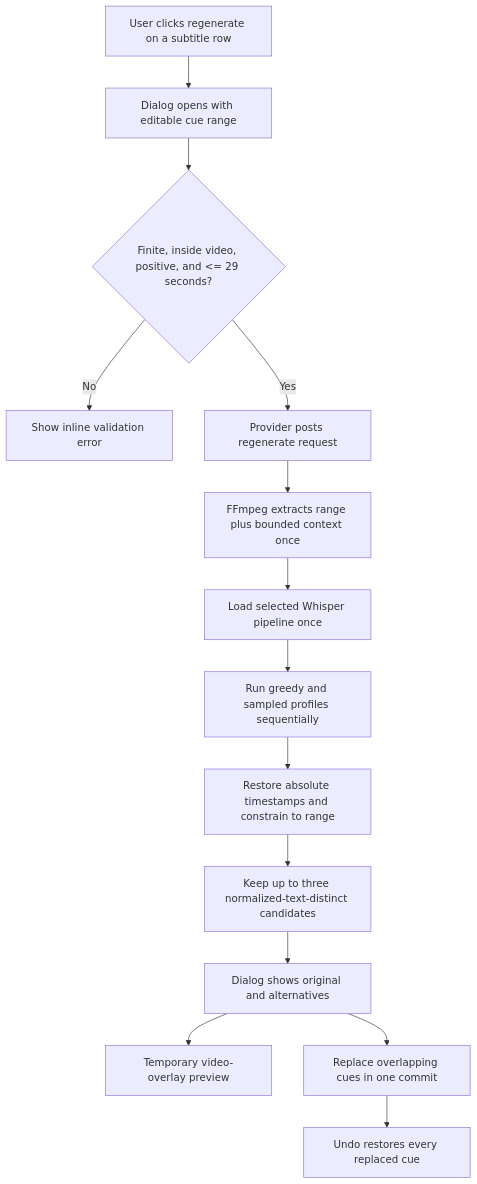
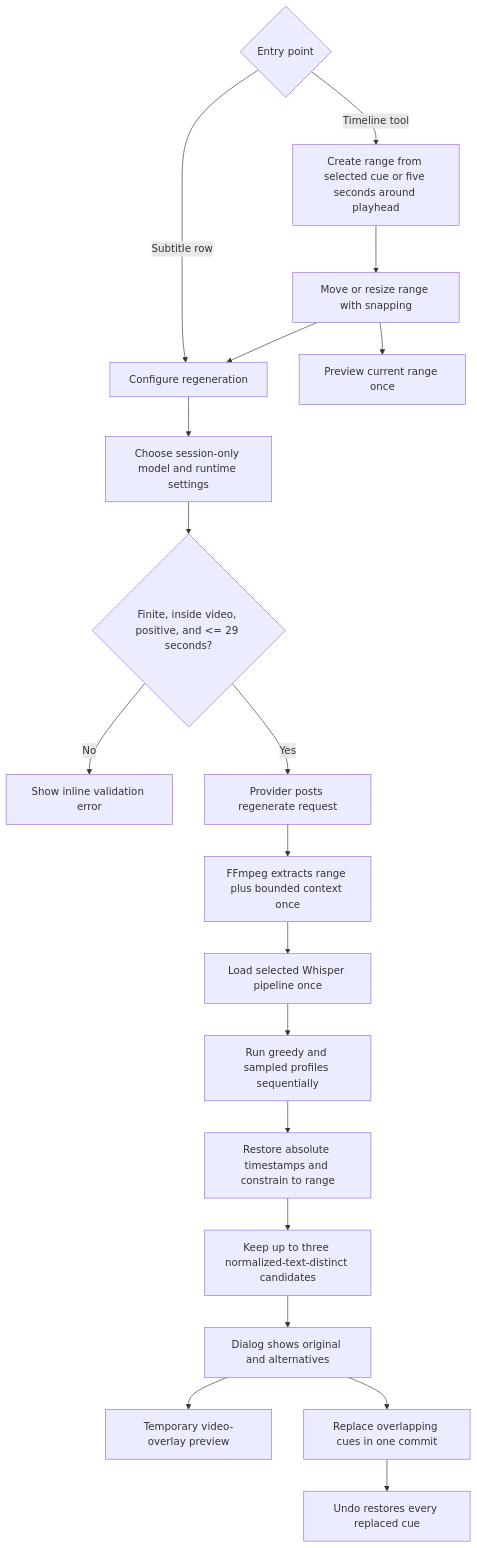
One commit to zxyandreay/auto-subtitle changed the tenth of 18 diagrams in docs/project-state.md. Above: the diagram before and after it, drawn with Mermaid. The commit also changed other lines of this file and 20 other files, not shown here.

First line of the commit message:
feat(editor): add timeline range regeneration

````diff
--- a/docs/project-state.md
+++ b/docs/project-state.md
@@ -810,16 +813,21 @@
 ```mermaid
 flowchart TD
-    Row["User clicks regenerate on a subtitle row"] --> Dialog["Dialog opens with editable cue range"]
-    Dialog --> Validate{"Finite, inside video, positive, and <= 29 seconds?"}
+    Start{"Entry point"} -->|"Timeline tool"| Select["Create range from selected cue or five seconds around playhead"]
+    Start -->|"Subtitle row"| Dialog["Dialog opens with cue range"]
+    Select --> Adjust["Move or resize range with snapping"]
+    Adjust --> PreviewRange["Preview current range once"]
+    Adjust --> Dialog["Configure regeneration"]
+    Dialog --> Settings["Choose session-only model and runtime settings"]
+    Settings --> Validate{"Finite, inside video, positive, and <= 29 seconds?"}
     Validate -->|No| RangeError["Show inline validation error"]
     Validate -->|Yes| Request["Provider posts regenerate request"]
     Request --> Extract["FFmpeg extracts range plus bounded context once"]
     Extract --> Load["Load selected Whisper pipeline once"]
     Load --> Profiles["Run greedy and sampled profiles sequentially"]
     Profiles --> Normalize["Restore absolute timestamps and constrain to range"]
     Normalize --> Dedupe["Keep up to three normalized-text-distinct candidates"]
     Dedupe --> Compare["Dialog shows original and alternatives"]
     Compare --> Preview["Temporary video-overlay preview"]
     Compare --> Apply["Replace overlapping cues in one commit"]
     Apply --> Undo["Undo restores every replaced cue"]
 ```
````
